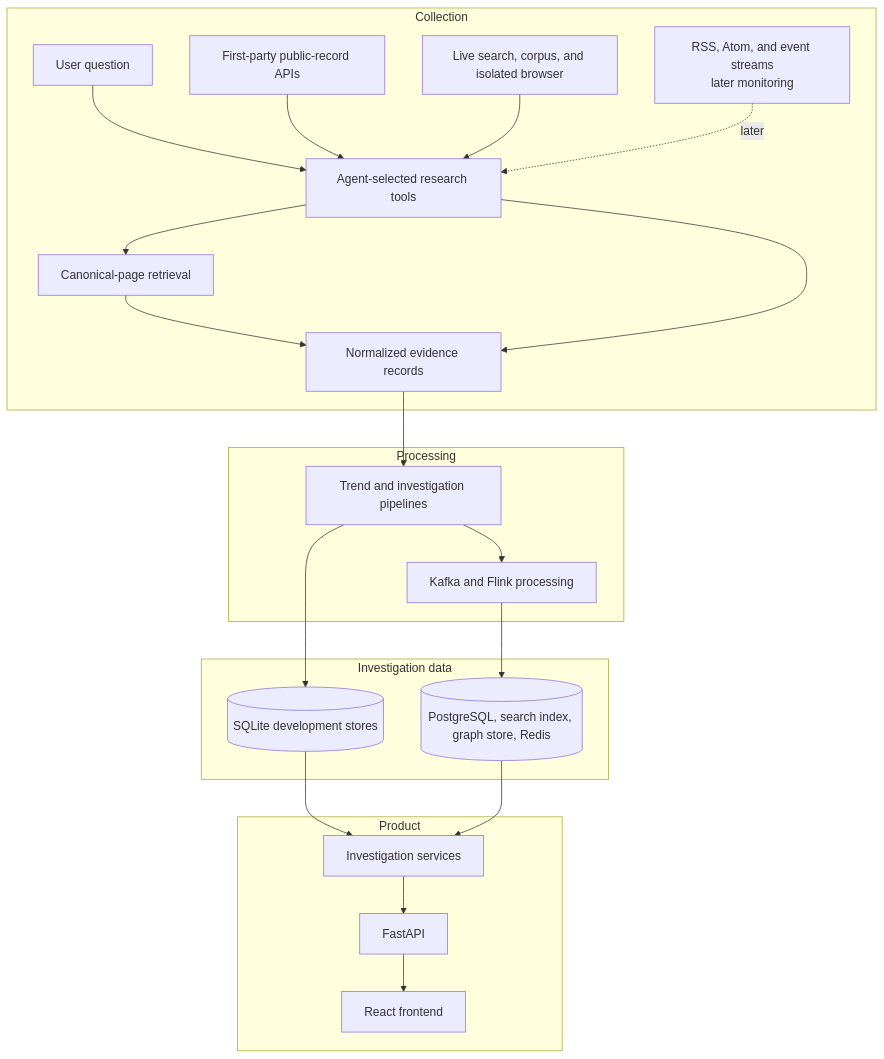
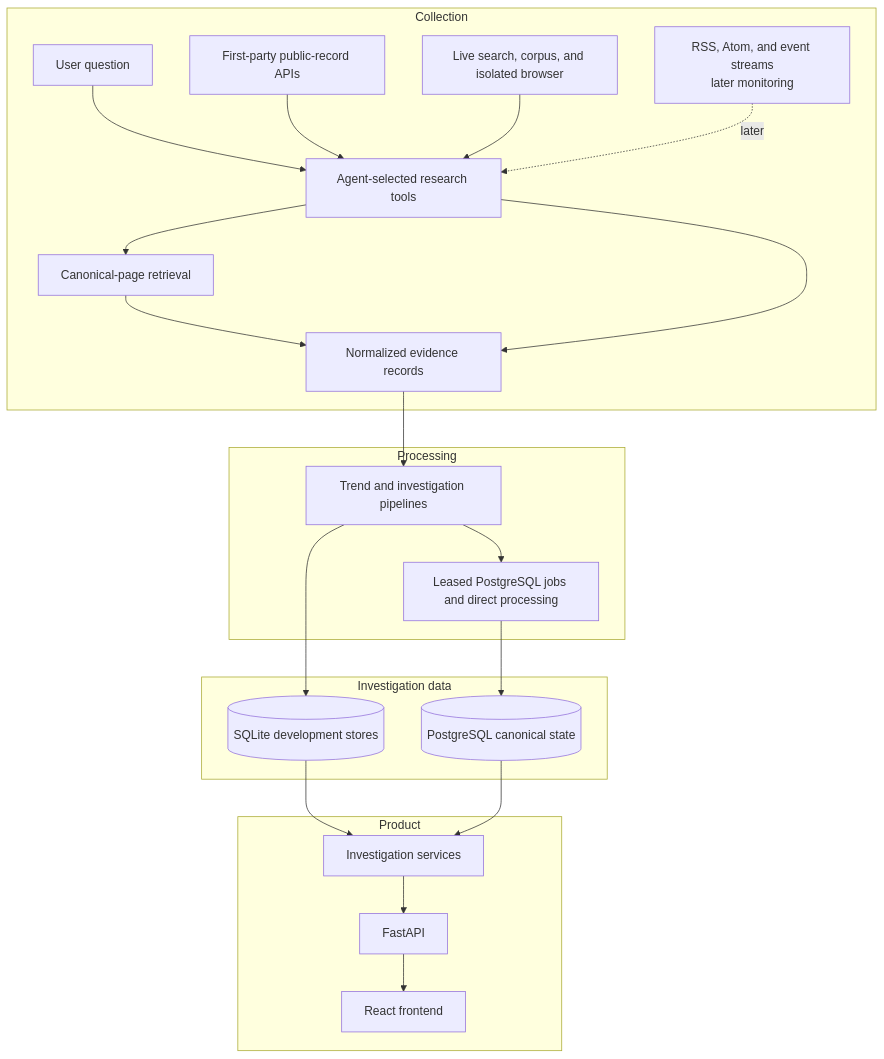
Before and after one commit to mnihad000/rhetoriq: the diagram in SYSTEM_DESIGN.md, drawn with Mermaid. The commit also changed other lines of this file and 122 other files, not shown here.

````diff
--- a/SYSTEM_DESIGN.md
+++ b/SYSTEM_DESIGN.md
@@ -17,31 +18,31 @@
 ```mermaid
 flowchart TB
     subgraph Collection
       Q[User question]
       A[First-party public-record APIs]
       B[RSS, Atom, and event streams\nlater monitoring]
       C[Live search, corpus, and isolated browser]
       D[Canonical-page retrieval]
       Q --> E[Agent-selected research tools]
       A --> E
       C --> E
       B -. later .-> E
       E --> D
       D --> F[Normalized evidence records]
       E --> F
     end
     subgraph Processing
       F --> G[Trend and investigation pipelines]
-      G --> H[Kafka and Flink processing]
+      G --> H[Leased PostgreSQL jobs and direct processing]
     end
     subgraph InvestigationData[Investigation data]
       G --> I[(SQLite development stores)]
-      H --> J[(PostgreSQL, search index, graph store, Redis)]
+      H --> J[(PostgreSQL canonical state)]
     end
     subgraph Product
       I --> K[Investigation services]
       J --> K
       K --> L[FastAPI]
       L --> M[React frontend]
     end
 ```
````
